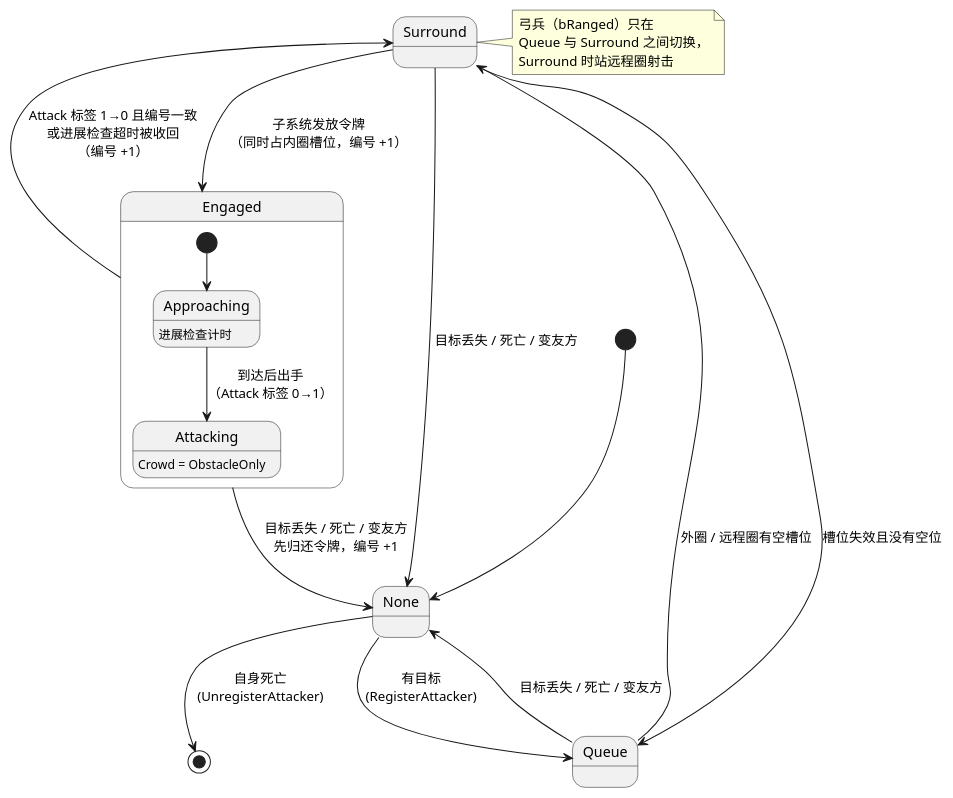
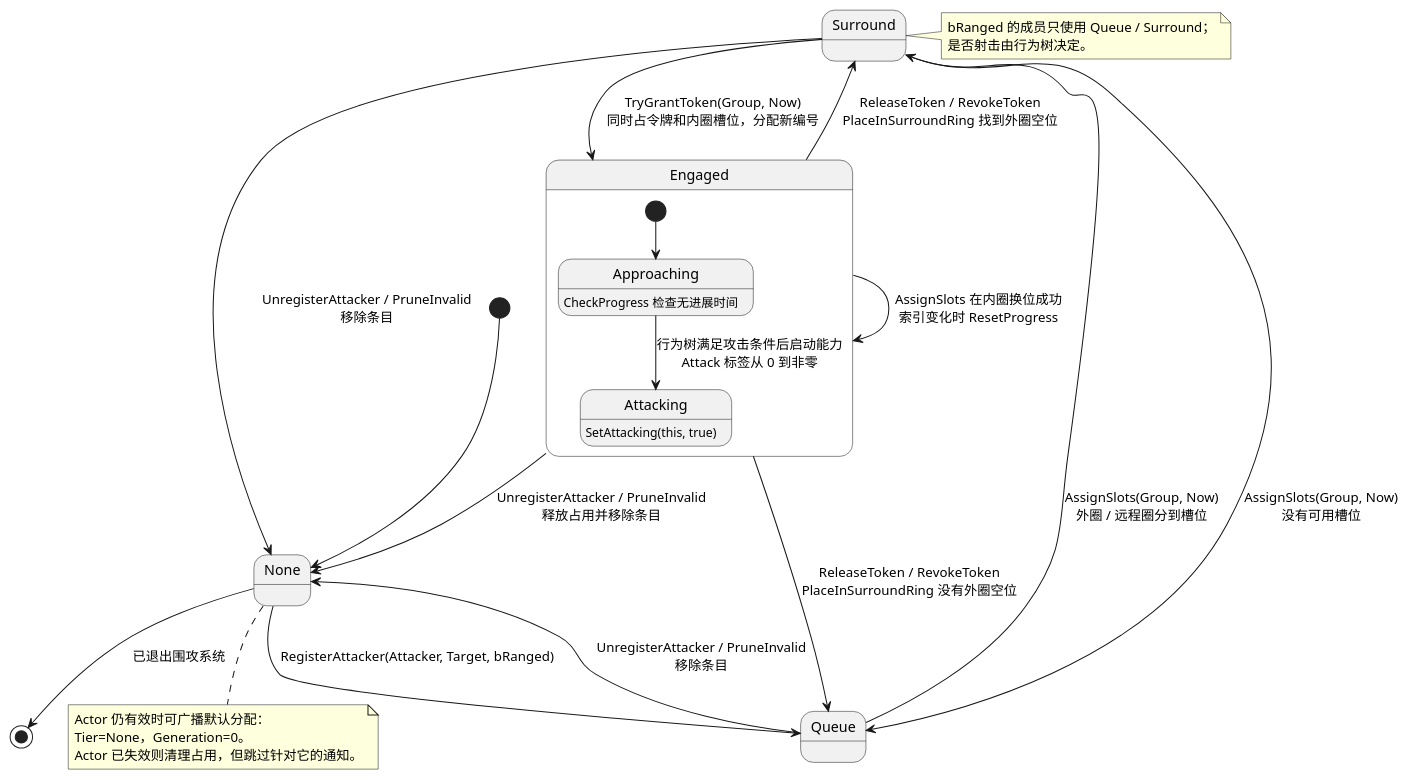
The fourth of 11 diagrams in Docs/AI-Engagement.zh-CN.md (peng984251536/GAS_Demo), drawn with PlantUML before and after one commit. The commit also changed other lines of this file and 181 other files, not shown here.

````diff
--- a/Docs/AI-Engagement.zh-CN.md
+++ b/Docs/AI-Engagement.zh-CN.md
@@ -412,32 +504,33 @@
 ```plantuml
 @startuml 档位状态机
 skinparam shadowing false
 skinparam defaultFontName "Microsoft YaHei"
-
 [*] --> None
-None --> Queue : 有目标\n(RegisterAttacker)
-
-Queue --> Surround : 外圈 / 远程圈有空槽位
-Surround --> Queue : 槽位失效且没有空位
-Surround --> Engaged : 子系统发放令牌\n（同时占内圈槽位，编号 +1）
-Engaged --> Surround : Attack 标签 1→0 且编号一致\n或进展检查超时被收回\n（编号 +1）
-
+None --> Queue : RegisterAttacker(Attacker, Target, bRanged)
+Queue --> Surround : AssignSlots(Group, Now)\n外圈 / 远程圈分到槽位
+Surround --> Queue : AssignSlots(Group, Now)\n没有可用槽位
+Surround --> Engaged : TryGrantToken(Group, Now)\n同时占令牌和内圈槽位，分配新编号
+Engaged --> Surround : ReleaseToken / RevokeToken\nPlaceInSurroundRing 找到外圈空位
+Engaged --> Queue : ReleaseToken / RevokeToken\nPlaceInSurroundRing 没有外圈空位
 state Engaged {
   [*] --> Approaching
-  Approaching --> Attacking : 到达后出手\n（Attack 标签 0→1）
-  Approaching : 进展检查计时
-  Attacking : Crowd = ObstacleOnly
+  Approaching --> Attacking : 行为树满足攻击条件后启动能力\nAttack 标签从 0 到非零
+  Approaching : CheckProgress 检查无进展时间
+  Attacking : SetAttacking(this, true)
 }
-
-Queue --> None : 目标丢失 / 死亡 / 变友方
-Surround --> None : 目标丢失 / 死亡 / 变友方
-Engaged --> None : 目标丢失 / 死亡 / 变友方\n先归还令牌，编号 +1
-None --> [*] : 自身死亡\n(UnregisterAttacker)
-
+Engaged --> Engaged : AssignSlots 在内圈换位成功\n索引变化时 ResetProgress
+Queue --> None : UnregisterAttacker / PruneInvalid\n移除条目
+Surround --> None : UnregisterAttacker / PruneInvalid\n移除条目
+Engaged --> None : UnregisterAttacker / PruneInvalid\n释放占用并移除条目
+None --> [*] : 已退出围攻系统
 note right of Surround
-  弓兵（bRanged）只在
-  Queue 与 Surround 之间切换，
-  Surround 时站远程圈射击
+  bRanged 的成员只使用 Queue / Surround；
+  是否射击由行为树决定。
+end note
+note bottom of None
+  Actor 仍有效时可广播默认分配：
+  Tier=None，Generation=0。
+  Actor 已失效则清理占用，但跳过针对它的通知。
 end note
 @enduml
 ```
````
